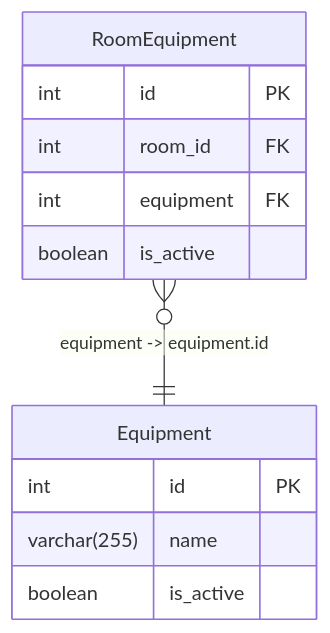
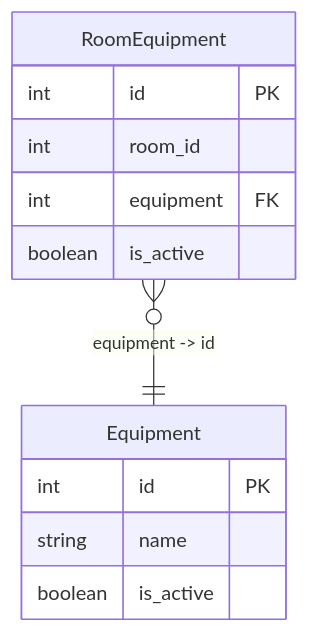
Before and after one commit to YuriSilenok/KPK_UP2_23-2P9: the diagram in S18/doc.md, drawn with Mermaid. The commit also changed other lines of this file, not shown here.

````diff
--- a/S18/doc.md
+++ b/S18/doc.md
@@ -97,17 +97,17 @@
 ```mermaid
 erDiagram
     Equipment {
         int id PK
-        varchar(255) name
+        string name
         boolean is_active
     }
 
     RoomEquipment {
         int id PK
-        int room_id FK
+        int room_id
         int equipment FK
         boolean is_active
     }
 
-    RoomEquipment }o--|| Equipment : "equipment -> equipment.id"
+    RoomEquipment }o--|| Equipment : "equipment -> id"
 ```
````
